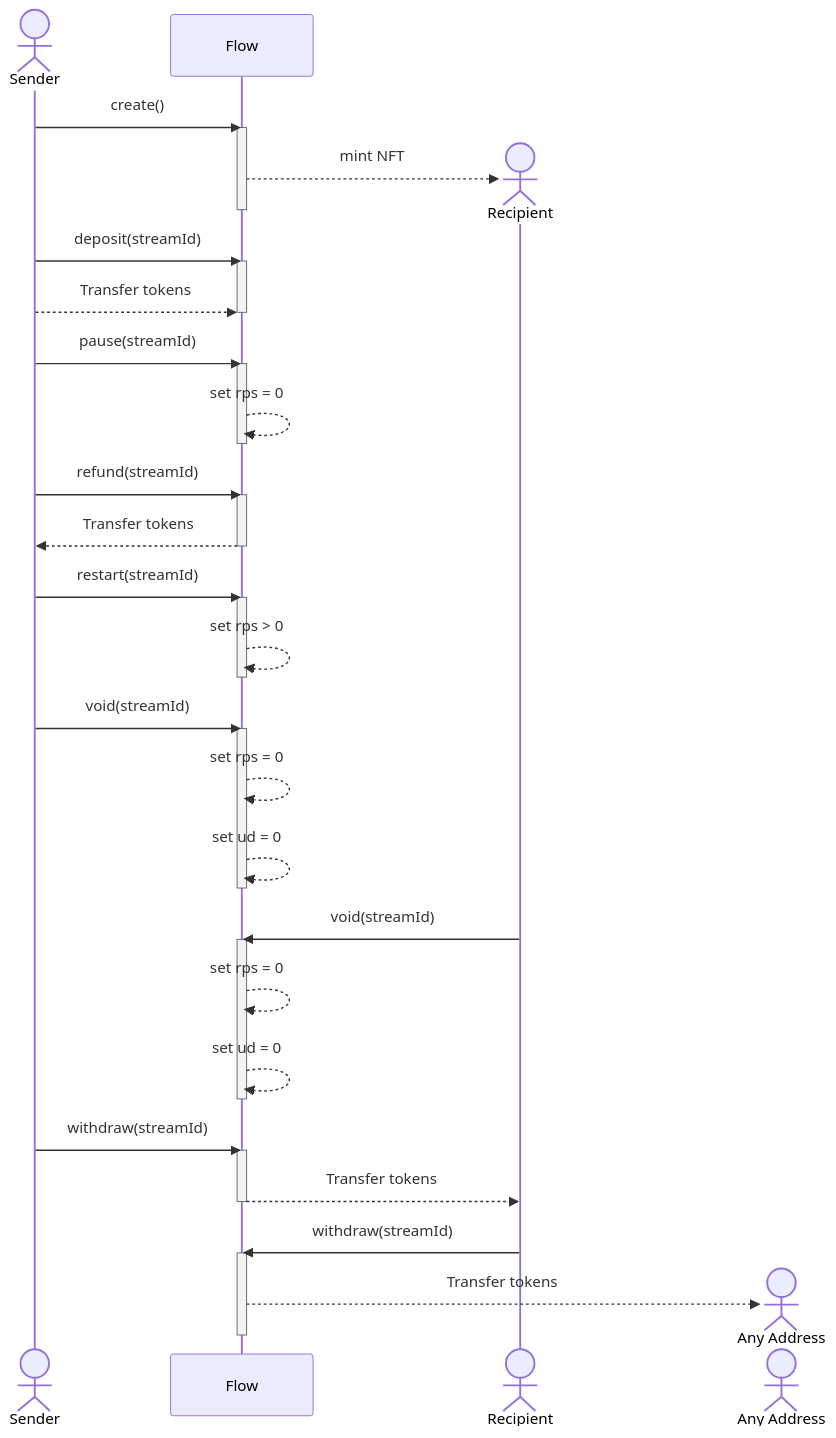
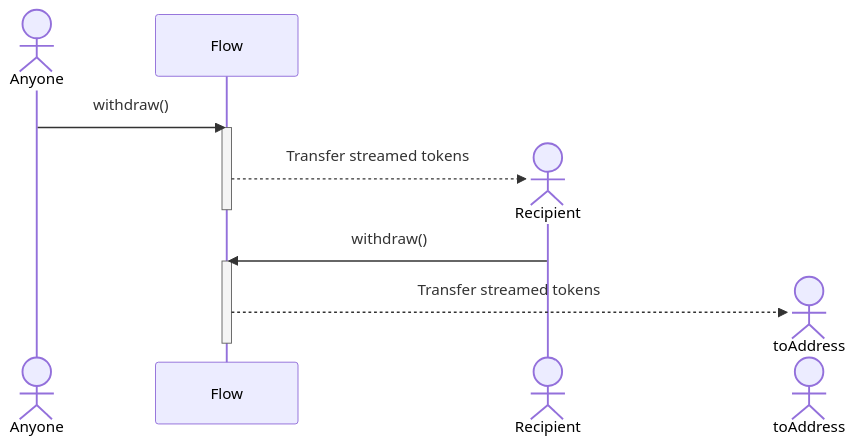
One commit to sablier-labs/docs changed the fourth of 9 diagrams in docs/reference/flow/01-diagrams.md. Above: the diagram before and after it, drawn with Mermaid. The commit also changed other lines of this file and 3 other files, not shown here.

Commit message:
removes streamId from sequence diagrams categorizes diagrams in Flow access control simplifies diagrams in Lockup access control defines ongoing debt in Flow overview fixes definition of snapshot debt in Flow overview adds abbreviations in Flow diagrams

````diff
--- a/docs/reference/flow/01-diagrams.md
+++ b/docs/reference/flow/01-diagrams.md
@@ -52,53 +75,16 @@
 ```mermaid
 sequenceDiagram
-  actor Sender
+  actor Anyone
 
-  Sender ->> Flow: create()
+  Anyone ->> Flow: withdraw()
   activate Flow
   Create actor Recipient
-  Flow -->> Recipient: mint NFT
+  Flow -->> Recipient: Transfer streamed tokens
   deactivate Flow
 
-  Sender ->> Flow: deposit(streamId)
+  Recipient ->> Flow: withdraw()
   activate Flow
-  Sender -->> Flow: Transfer tokens
-  deactivate Flow
-
-  Sender ->> Flow: pause(streamId)
-  activate Flow
-  Flow -->> Flow: set rps = 0
-  deactivate Flow
-
-  Sender ->> Flow: refund(streamId)
-  activate Flow
-  Flow -->> Sender: Transfer tokens
-  deactivate Flow
-
-  Sender ->> Flow: restart(streamId)
-  activate Flow
-  Flow -->> Flow: set rps > 0
-  deactivate Flow
-
-  Sender ->> Flow: void(streamId)
-  activate Flow
-  Flow -->> Flow: set rps = 0
-  Flow -->> Flow: set ud = 0
-  deactivate Flow
-
-  Recipient ->> Flow: void(streamId)
-  activate Flow
-  Flow -->> Flow: set rps = 0
-  Flow -->> Flow: set ud = 0
-  deactivate Flow
-
-  Sender ->> Flow: withdraw(streamId)
-  activate Flow
-  Flow -->> Recipient: Transfer tokens
-  deactivate Flow
-
-  Recipient ->> Flow: withdraw(streamId)
-  activate Flow
-  Create actor Any Address
-  Flow -->> Any Address : Transfer tokens
+  Create actor toAddress
+  Flow -->> toAddress: Transfer streamed tokens
   deactivate Flow
 ```
````
